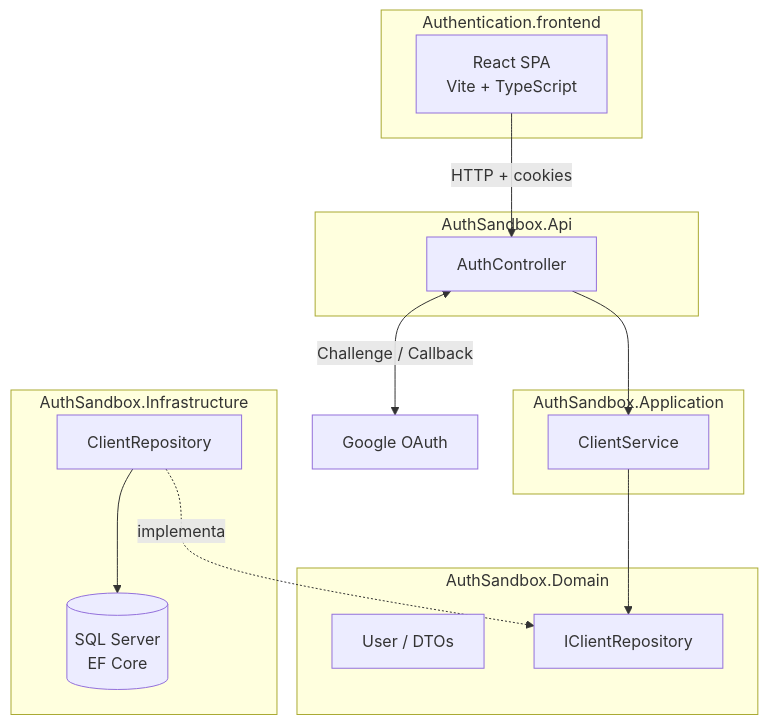
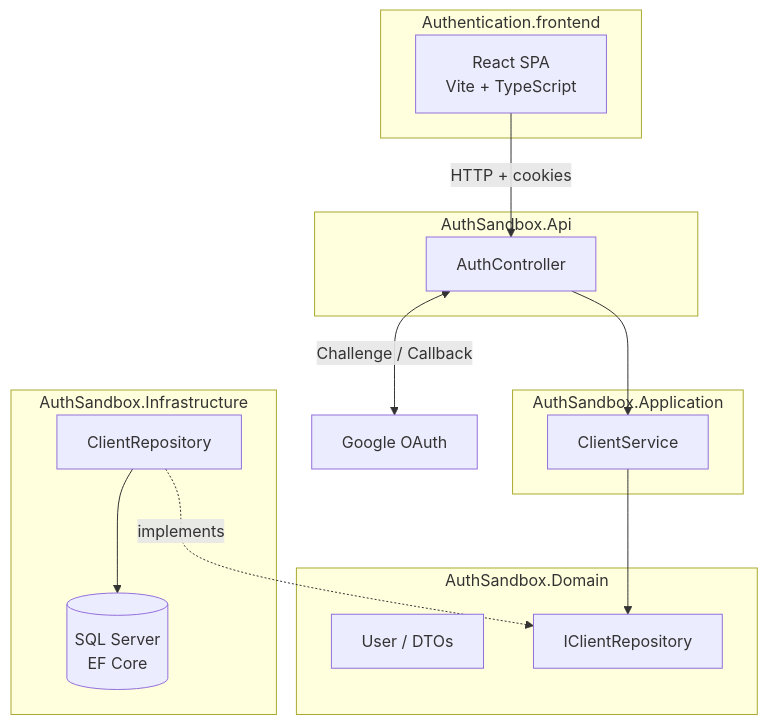
Before and after one commit to RogerAlbuquerque/AuthApi: the diagram in README.md, drawn with Mermaid. The commit also changed other lines of this file and 1 other file, not shown here.

````diff
--- a/README.md
+++ b/README.md
@@ -44,33 +44,33 @@
 ```mermaid
 flowchart TB
     subgraph Frontend["Authentication.frontend"]
         UI[React SPA<br/>Vite + TypeScript]
     end
 
     subgraph API["AuthSandbox.Api"]
         AC[AuthController]
     end
 
     subgraph App["AuthSandbox.Application"]
         CS[ClientService]
     end
 
     subgraph Domain["AuthSandbox.Domain"]
         U[User / DTOs]
         IR[IClientRepository]
     end
 
     subgraph Infra["AuthSandbox.Infrastructure"]
         CR[ClientRepository]
         DB[(SQL Server<br/>EF Core)]
     end
 
     Google[Google OAuth]
 
     UI -->|HTTP + cookies| AC
     AC --> CS
     CS --> IR
-    CR -.->|implementa| IR
+    CR -.->|implements| IR
     CR --> DB
     AC <-->|Challenge / Callback| Google
 ```
````
